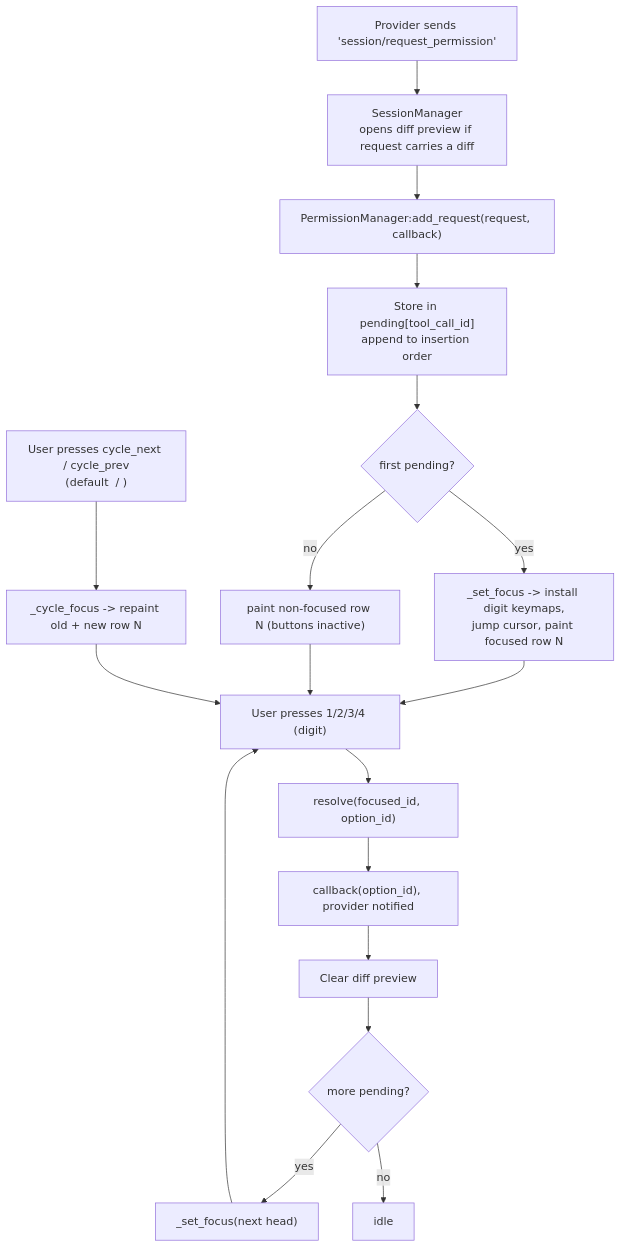
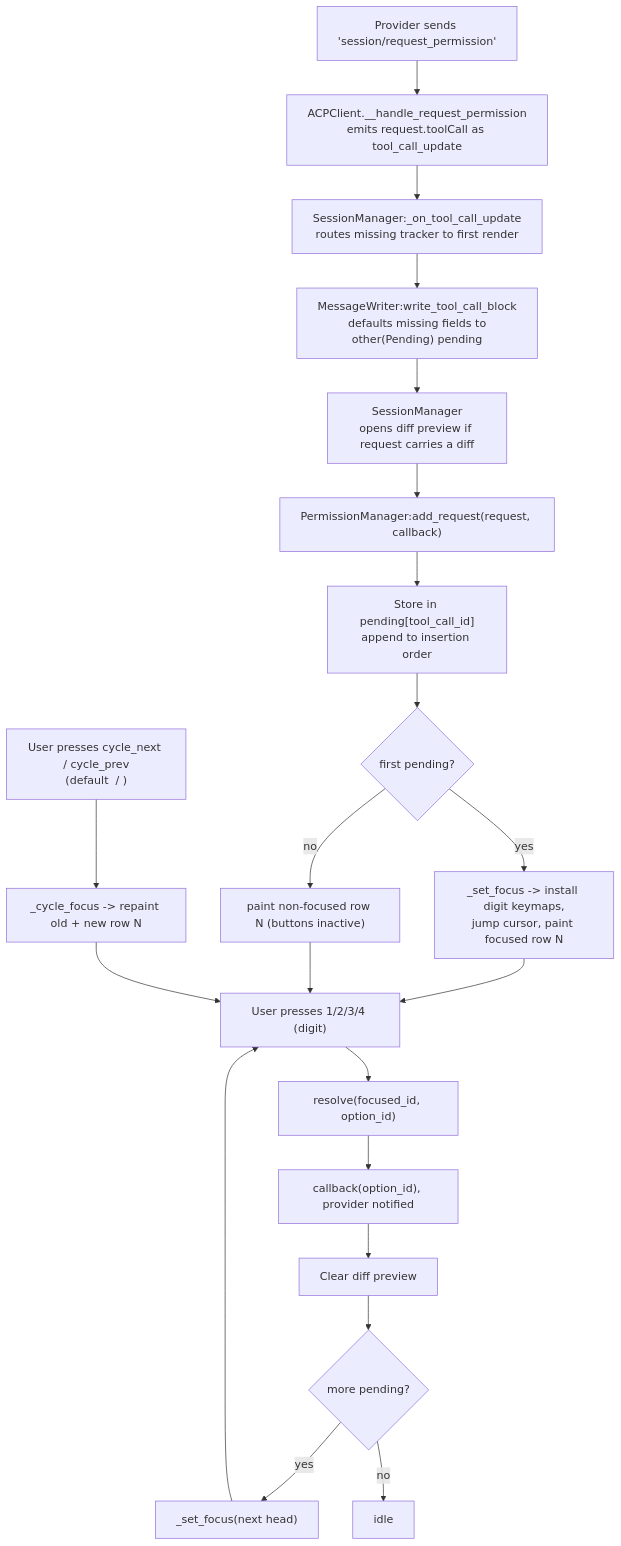
Before and after one commit to edmonl/agentic.nvim: the seventh of 7 diagrams in lua/agentic/acp/AGENTS.md, drawn with Mermaid. The commit also changed other lines of this file and 7 other files, not shown here.

First line of the commit message:
fix: opencode issue sending permission request before tool call (#245)

````diff
--- a/lua/agentic/acp/AGENTS.md
+++ b/lua/agentic/acp/AGENTS.md
@@ -323,29 +323,32 @@
 ```mermaid
 flowchart TD
     P["Provider sends 'session/request_permission'"]
+    C["ACPClient.__handle_request_permission<br/>emits request.toolCall as tool_call_update"]
+    PH["SessionManager:_on_tool_call_update<br/>routes missing tracker to first render"]
+    W["MessageWriter:write_tool_call_block<br/>defaults missing fields to<br/>other(Pending) pending"]
     SM["SessionManager<br/>opens diff preview if request carries a diff"]
     PM["PermissionManager:add_request(request, callback)"]
     Store["Store in pending[tool_call_id]<br/>append to insertion order"]
     F{"first pending?"}
     Focus["_set_focus -> install digit keymaps,<br/>jump cursor, paint focused row N"]
     Paint["paint non-focused row N (buttons inactive)"]
     U["User presses 1/2/3/4 (digit)"]
     Cyc["User presses cycle_next / cycle_prev<br/>(default <C-n> / <C-p>)"]
     Cycle["_cycle_focus -> repaint old + new row N"]
     Res["resolve(focused_id, option_id)"]
     CB["callback(option_id), provider notified"]
     Clear["Clear diff preview"]
     Next{"more pending?"}
     Adv["_set_focus(next head)"]
     Done["idle"]
 
-    P --> SM --> PM --> Store --> F
+    P --> C --> PH --> W --> SM --> PM --> Store --> F
     F -->|yes| Focus
     F -->|no| Paint
     Focus --> U
     Paint --> U
     U --> Res --> CB --> Clear --> Next
     Next -->|yes| Adv --> U
     Next -->|no| Done
     Cyc --> Cycle --> U
 ```
````
